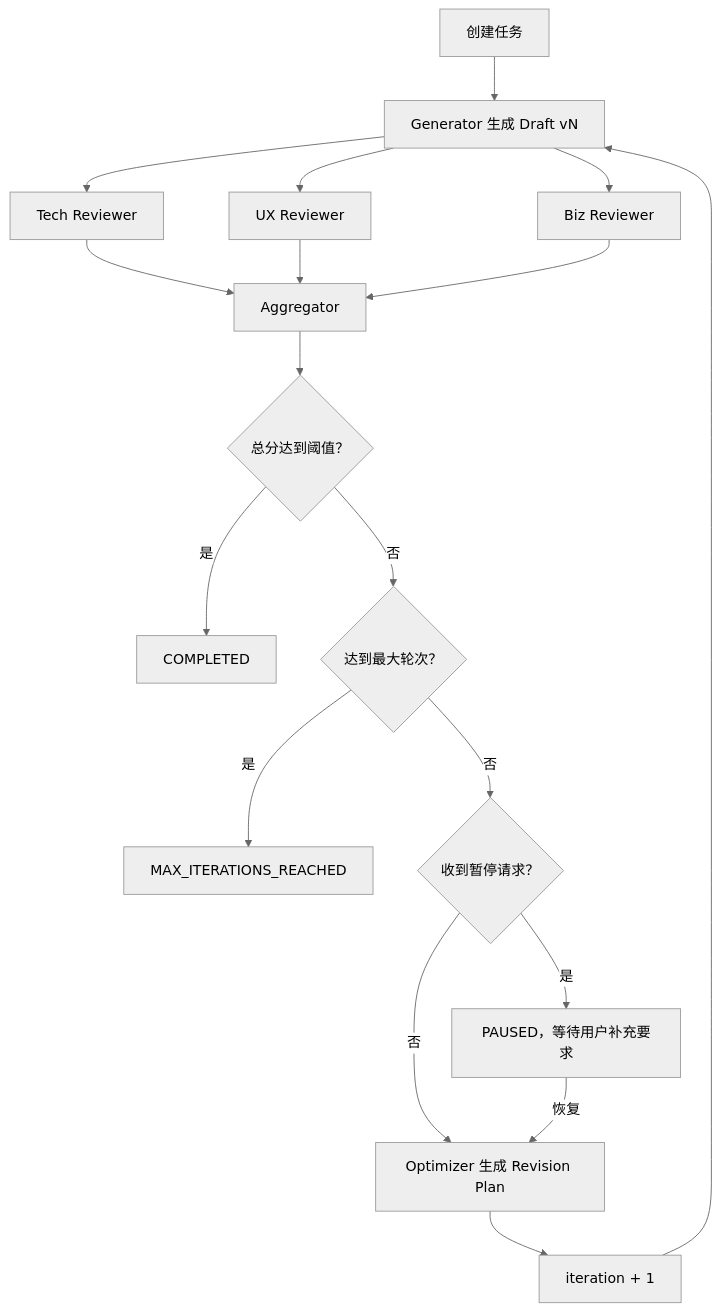
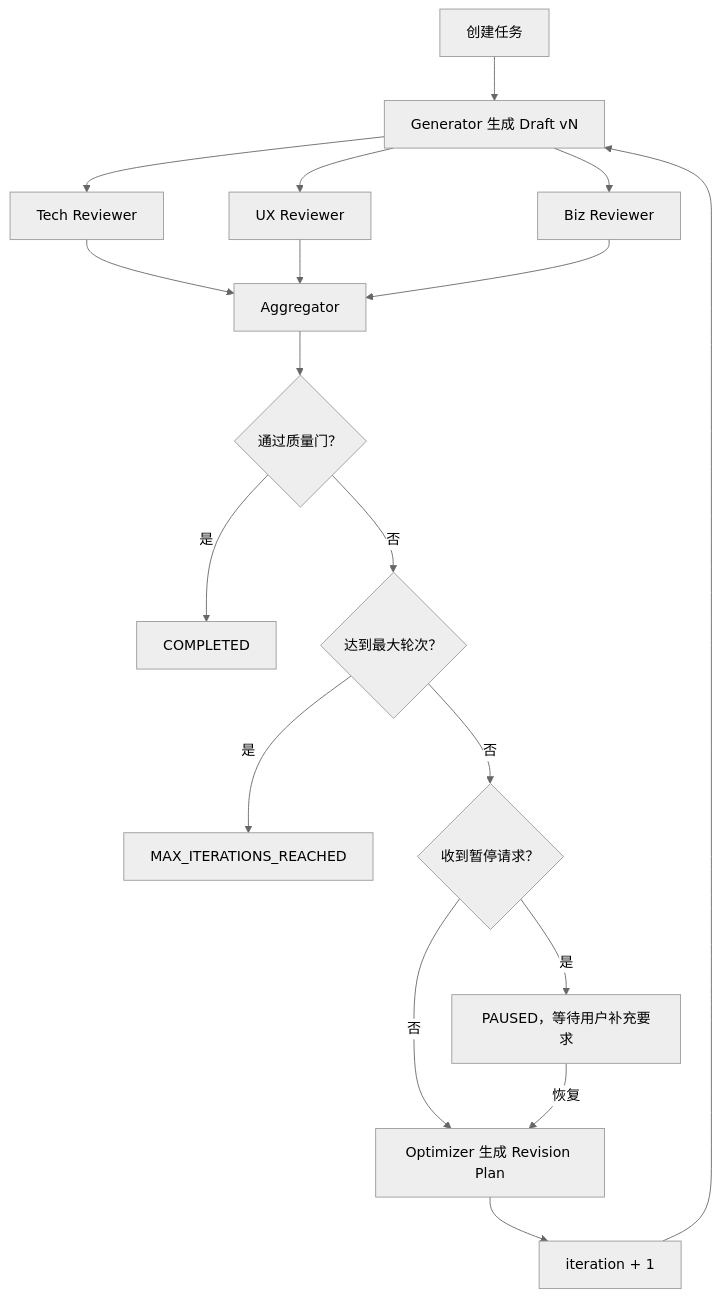
Before and after one commit to QFYlove/Agentic-PRD-Architect: the second of 2 diagrams in memory-bank/design-document.md, drawn with Mermaid (neutral theme). The commit also changed other lines of this file and 90 other files, not shown here.

````diff
--- a/memory-bank/design-document.md
+++ b/memory-bank/design-document.md
@@ -367,20 +416,20 @@
 ```mermaid
 flowchart TD
     A["创建任务"] --> B["Generator 生成 Draft vN"]
     B --> C1["Tech Reviewer"]
     B --> C2["UX Reviewer"]
     B --> C3["Biz Reviewer"]
     C1 --> D["Aggregator"]
     C2 --> D
     C3 --> D
-    D --> E{"总分达到阈值？"}
+    D --> E{"通过质量门？"}
     E -->|"是"| F["COMPLETED"]
     E -->|"否"| G{"达到最大轮次？"}
     G -->|"是"| H["MAX_ITERATIONS_REACHED"]
     G -->|"否"| I{"收到暂停请求？"}
     I -->|"是"| J["PAUSED，等待用户补充要求"]
     I -->|"否"| K["Optimizer 生成 Revision Plan"]
     J -->|"恢复"| K
     K --> L["iteration + 1"]
     L --> B
 ```
````
